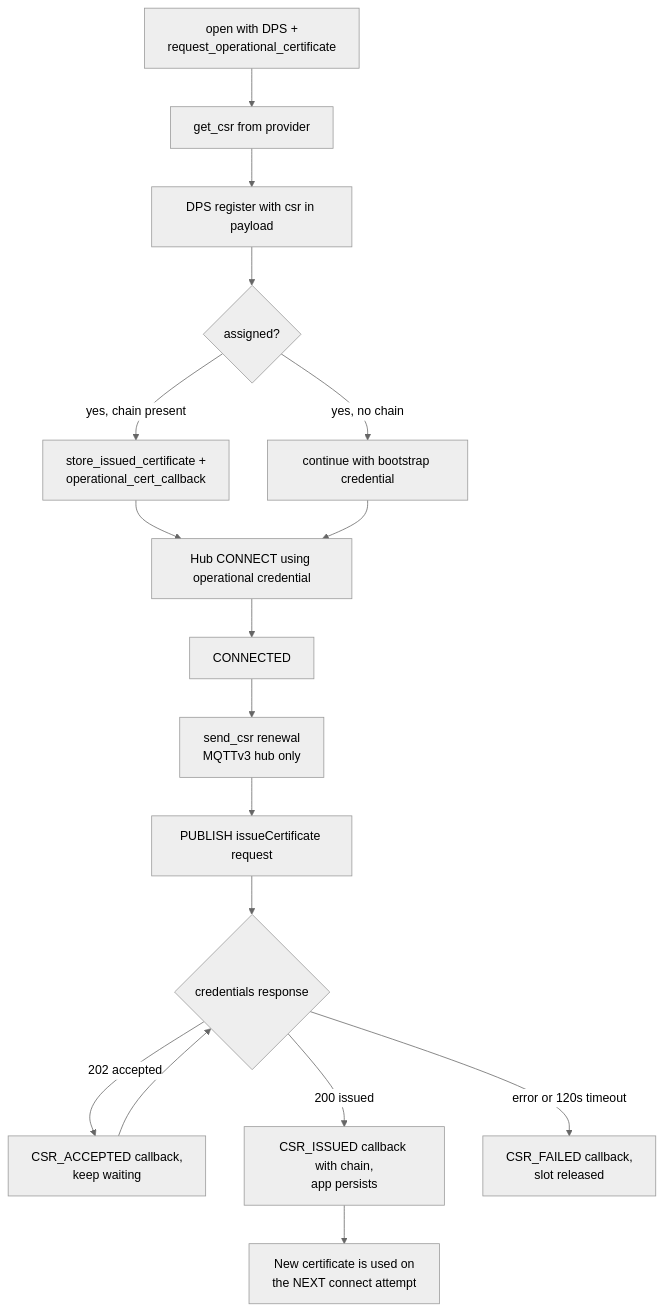
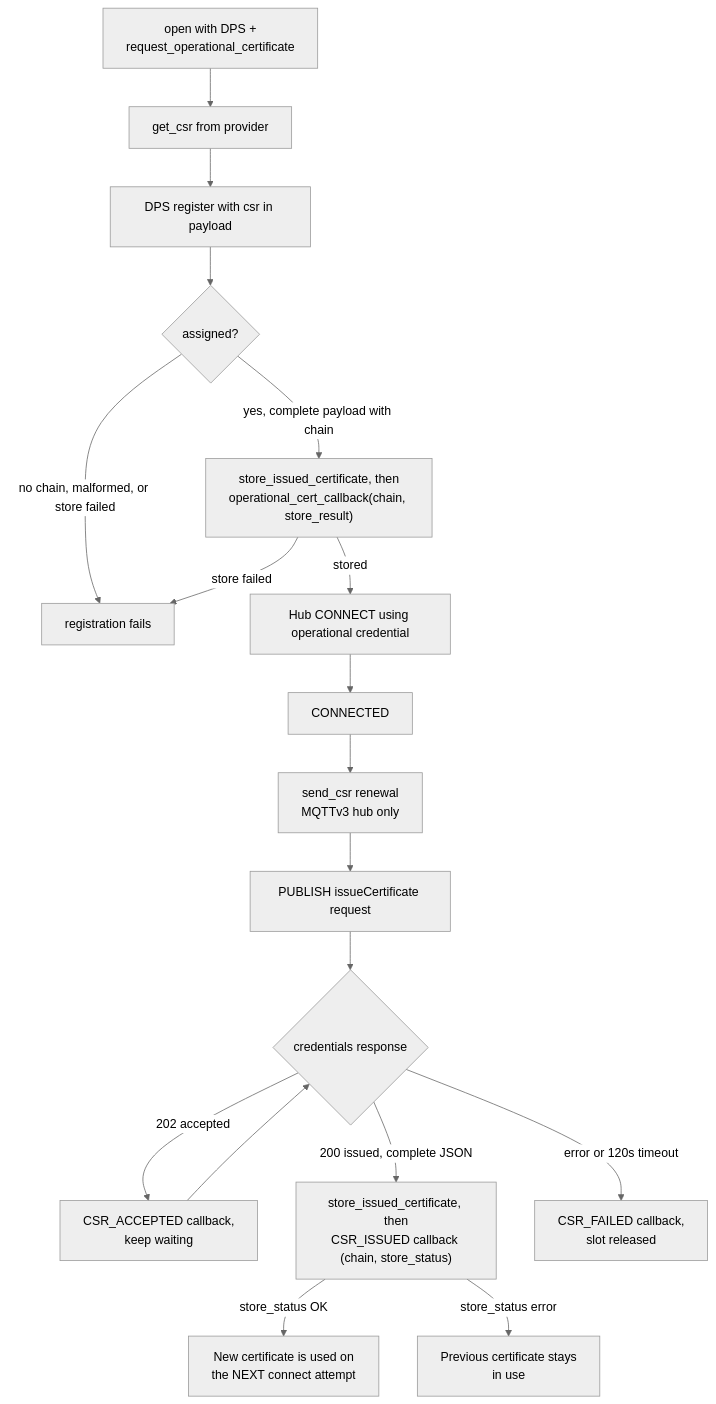
The sixth of 9 diagrams in c/docs/eng/connection.md (Azure/azure-iot-sdk), drawn with Mermaid (neutral theme) before and after one commit. The commit also changed other lines of this file and 20 other files, not shown here.

First line of the commit message:
[C] Renewal CSR from the certificate provider; issued chains always stored (#411)

````diff
--- a/c/docs/eng/connection.md
+++ b/c/docs/eng/connection.md
@@ -433,20 +433,21 @@
 ```mermaid
 flowchart TD
     A["open with DPS +<br/>request_operational_certificate"] --> B[get_csr from provider]
     B --> C["DPS register with csr in payload"]
     C --> D{assigned?}
-    D -->|"yes, chain present"| E["store_issued_certificate +<br/>operational_cert_callback"]
-    D -->|"yes, no chain"| F["continue with bootstrap credential"]
-    E --> G["Hub CONNECT using operational credential"]
-    F --> G
+    D -->|"yes, complete payload with chain"| E["store_issued_certificate, then<br/>operational_cert_callback(chain, store_result)"]
+    D -->|"no chain, malformed, or store failed"| F["registration fails"]
+    E -->|"stored"| G["Hub CONNECT using operational credential"]
+    E -->|"store failed"| F
 
     G --> H[CONNECTED]
     H --> I["send_csr renewal<br/>MQTTv3 hub only"]
     I --> J["PUBLISH issueCertificate request"]
     J --> K{credentials response}
     K -->|202 accepted| L["CSR_ACCEPTED callback,<br/>keep waiting"]
     L --> K
-    K -->|200 issued| M["CSR_ISSUED callback with chain,<br/>app persists"]
+    K -->|"200 issued, complete JSON"| M["store_issued_certificate, then<br/>CSR_ISSUED callback (chain, store_status)"]
     K -->|"error or 120s timeout"| N["CSR_FAILED callback,<br/>slot released"]
-    M --> O["New certificate is used on<br/>the NEXT connect attempt"]
+    M -->|store_status OK| O["New certificate is used on<br/>the NEXT connect attempt"]
+    M -->|store_status error| P["Previous certificate stays<br/>in use"]
 ```
````
